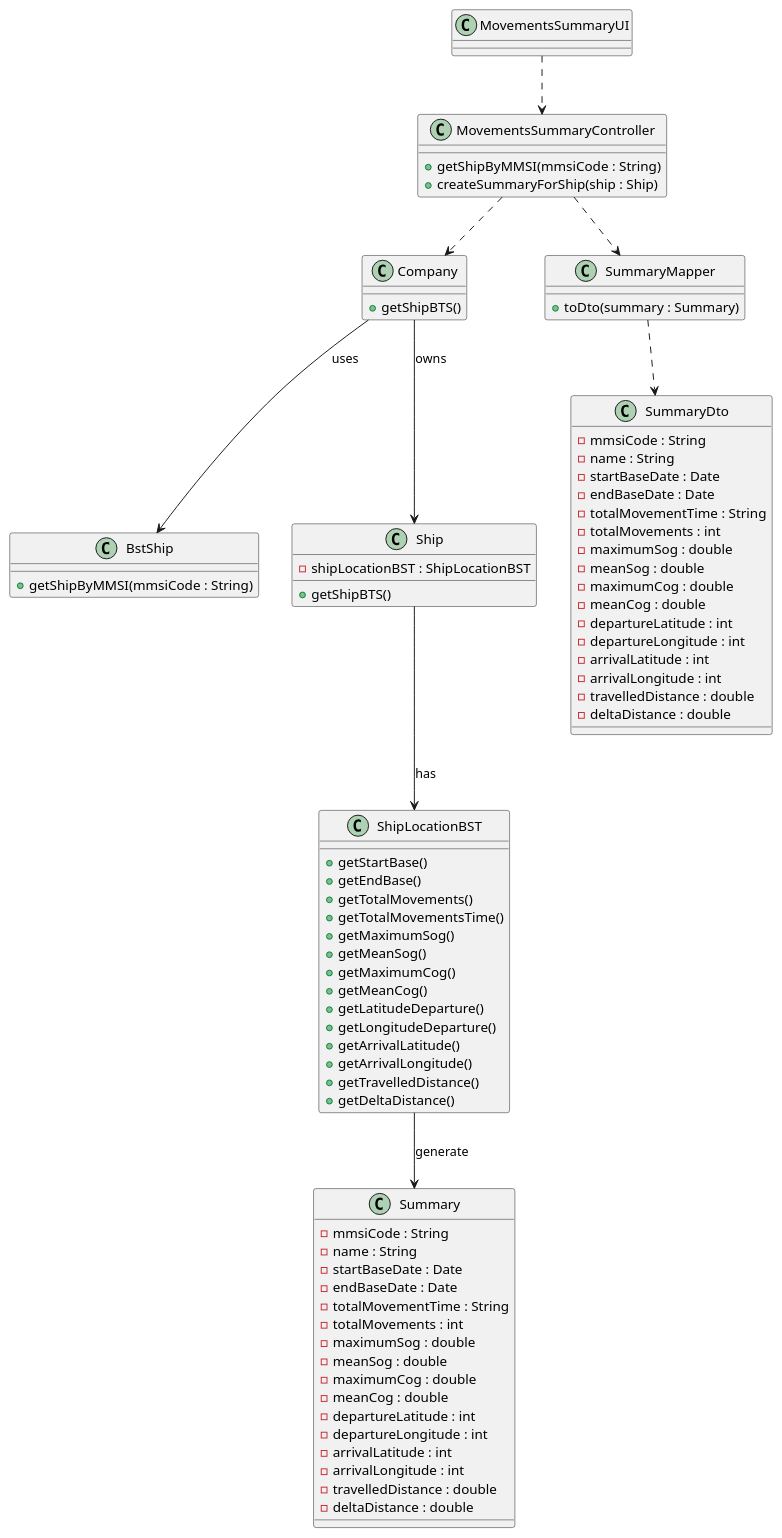
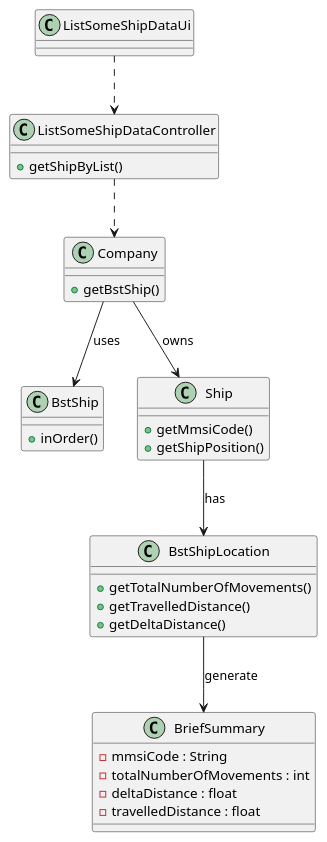
Before and after one commit to 0franciscor/lapr3-2021-g042: the diagram in docs/US105/US105_CD.puml, drawn with PlantUML. The commit also changed 1 other file, not shown here.

Commit message:
G42-52 #time 45m #comment Adding CD of US105

```diff
--- a/docs/US105/US105_CD.puml
+++ b/docs/US105/US105_CD.puml
@@ -1,87 +1,42 @@
 @startuml
 'https://plantuml.com/use-case-diagram
 
-class MovementsSummaryUI{
+class ListSomeShipDataUi{
 
 }
-class MovementsSummaryController{
-+ getShipByMMSI(mmsiCode : String)
-+ createSummaryForShip(ship : Ship)
+class ListSomeShipDataController{
++ getShipByList()
 }
 class Company{
-+ getShipBTS()
++ getBstShip()
+
 }
 class BstShip{
-+ getShipByMMSI(mmsiCode : String)
++ inOrder()
 }
 class Ship{
-- shipLocationBST : ShipLocationBST
-+ getShipBTS()
++ getMmsiCode()
++ getShipPosition()
 }
-class SummaryMapper{
-+ toDto(summary : Summary)
-}
-class Summary{
-- mmsiCode : String
-- name : String
-- startBaseDate : Date
-- endBaseDate : Date
-- totalMovementTime : String
-- totalMovements : int
-- maximumSog : double
-- meanSog : double
-- maximumCog : double
-- meanCog : double
-- departureLatitude : int
-- departureLongitude : int
-- arrivalLatitude : int
-- arrivalLongitude : int
-- travelledDistance : double
-- deltaDistance : double
-}
-class SummaryDto{
-- mmsiCode : String
-- name : String
-- startBaseDate : Date
-- endBaseDate : Date
-- totalMovementTime : String
-- totalMovements : int
-- maximumSog : double
-- meanSog : double
-- maximumCog : double
-- meanCog : double
-- departureLatitude : int
-- departureLongitude : int
-- arrivalLatitude : int
-- arrivalLongitude : int
-- travelledDistance : double
-- deltaDistance : double
+class BstShipLocation{
++ getTotalNumberOfMovements()
++ getTravelledDistance()
++ getDeltaDistance()
 }
 
-class ShipLocationBST{
-+getStartBase()
-+getEndBase()
-+getTotalMovements()
-+getTotalMovementsTime()
-+getMaximumSog()
-+getMeanSog()
-+getMaximumCog()
-+getMeanCog()
-+getLatitudeDeparture()
-+getLongitudeDeparture()
-+getArrivalLatitude()
-+getArrivalLongitude()
-+getTravelledDistance()
-+getDeltaDistance()
+class BriefSummary{
+- mmsiCode : String
+- totalNumberOfMovements : int
+- deltaDistance : float
+- travelledDistance : float
+}
 
-}
-MovementsSummaryController..>Company
-MovementsSummaryUI ..> MovementsSummaryController
-MovementsSummaryController ..> SummaryMapper
-SummaryMapper ..> SummaryDto
+
+ListSomeShipDataUi ..> ListSomeShipDataController
+ListSomeShipDataController ..> Company
 Company --> Ship : owns
 Company --> BstShip : uses
-Ship --> ShipLocationBST : has
-ShipLocationBST --> Summary : generate
+Ship --> BstShipLocation : has
+BstShipLocation --> BriefSummary : generate
 
 @enduml
```
